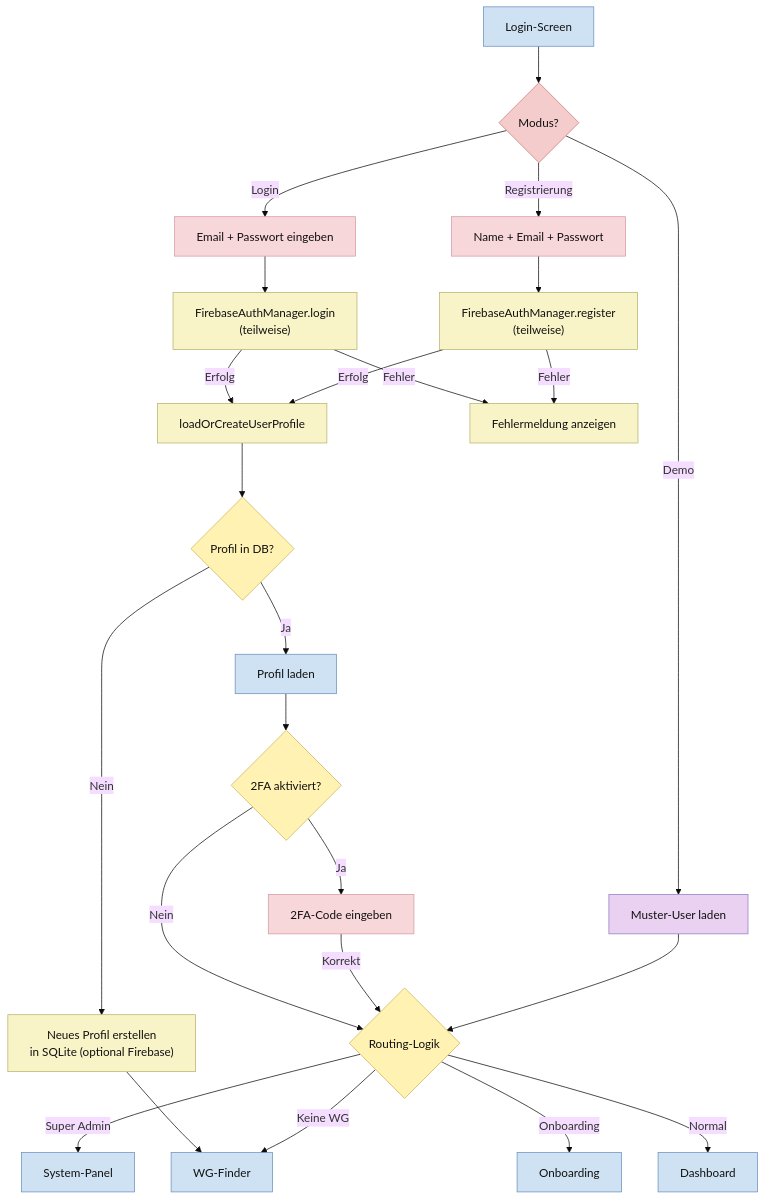
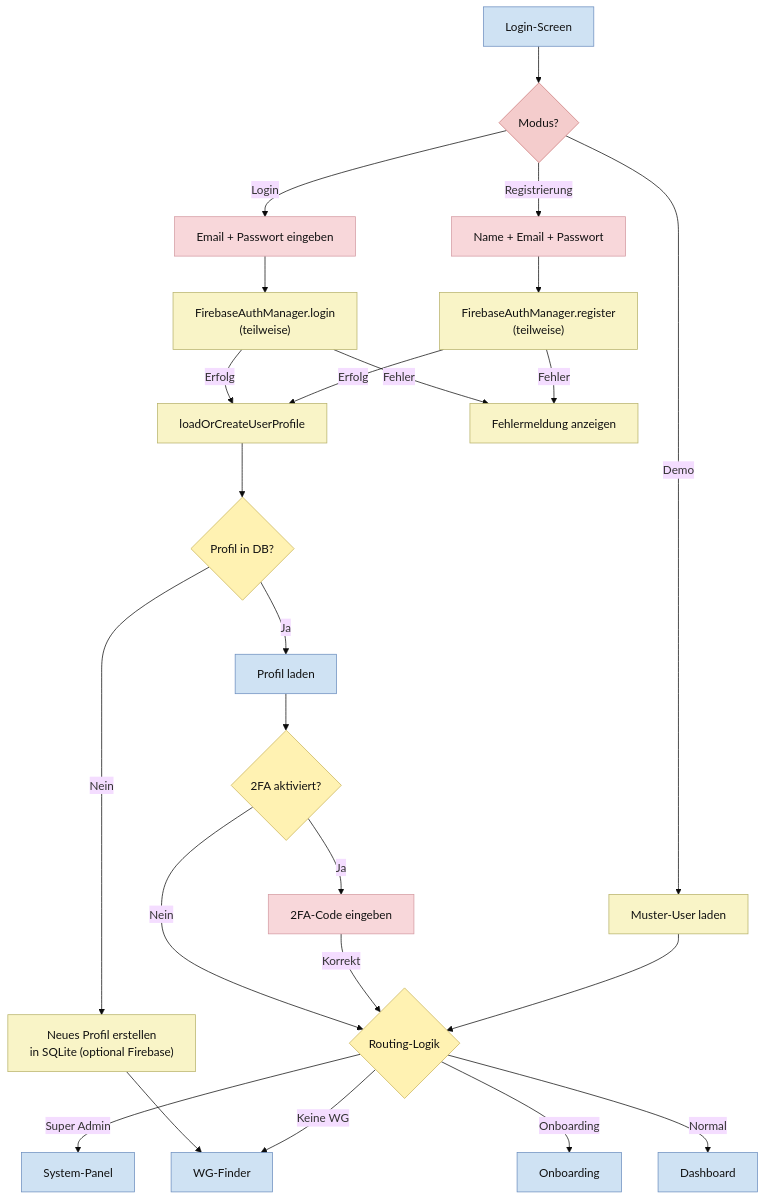
Before and after one commit to Nejy190501/WGManager: the fourth of 45 diagrams in ABLAUFDIAGRAMM.md, drawn with Mermaid (base theme). The commit also changed other lines of this file, not shown here.

````diff
--- a/ABLAUFDIAGRAMM.md
+++ b/ABLAUFDIAGRAMM.md
@@ -116,46 +143,46 @@
 ```mermaid
 flowchart TD
     A["Login-Screen"] --> B{"Modus?"}
     B -->|Login| C["Email + Passwort eingeben"]
     B -->|Registrierung| D["Name + Email + Passwort"]
     B -->|Demo| E["Muster-User laden"]
     
     C --> F["FirebaseAuthManager.login<br/>(teilweise)"]
     F -->|Erfolg| G["loadOrCreateUserProfile"]
     F -->|Fehler| H["Fehlermeldung anzeigen"]
     
     D --> I["FirebaseAuthManager.register<br/>(teilweise)"]
     I -->|Erfolg| G
     I -->|Fehler| H
     
     G --> J{"Profil in DB?"}
     J -->|Ja| K["Profil laden"]
     J -->|Nein| L["Neues Profil erstellen<br/>in SQLite (optional Firebase)"]
     
     K --> M{"2FA aktiviert?"}
     L --> N["WG-Finder"]
     M -->|Ja| O["2FA-Code eingeben"]
     M -->|Nein| P{"Routing-Logik"}
     O -->|Korrekt| P
     P -->|Super Admin| Q["System-Panel"]
     P -->|Keine WG| N
     P -->|Onboarding| R["Onboarding"]
     P -->|Normal| S["Dashboard"]
     
     E --> P
 
     classDef userAction fill:#ead1f2,stroke:#8e7cc3,color:#111;
     classDef systemAction fill:#f9f4c7,stroke:#b7b26a,color:#111;
     classDef userDecision fill:#f4cccc,stroke:#cc7a7a,color:#111;
     classDef systemDecision fill:#fff2b2,stroke:#c9b458,color:#111;
     classDef button fill:#f4a6a6,stroke:#c97b7b,color:#111;
     classDef userInput fill:#f8d7da,stroke:#d49aa2,color:#111;
     classDef screen fill:#cfe2f3,stroke:#6c8ebf,color:#111;
 
-    class E userAction;
+    class E systemAction;
     class F,G,H,I,L systemAction;
     class B userDecision;
     class J,M,P systemDecision;
     class C,D,O userInput;
     class A,K,N,Q,R,S screen;
 ```
````
